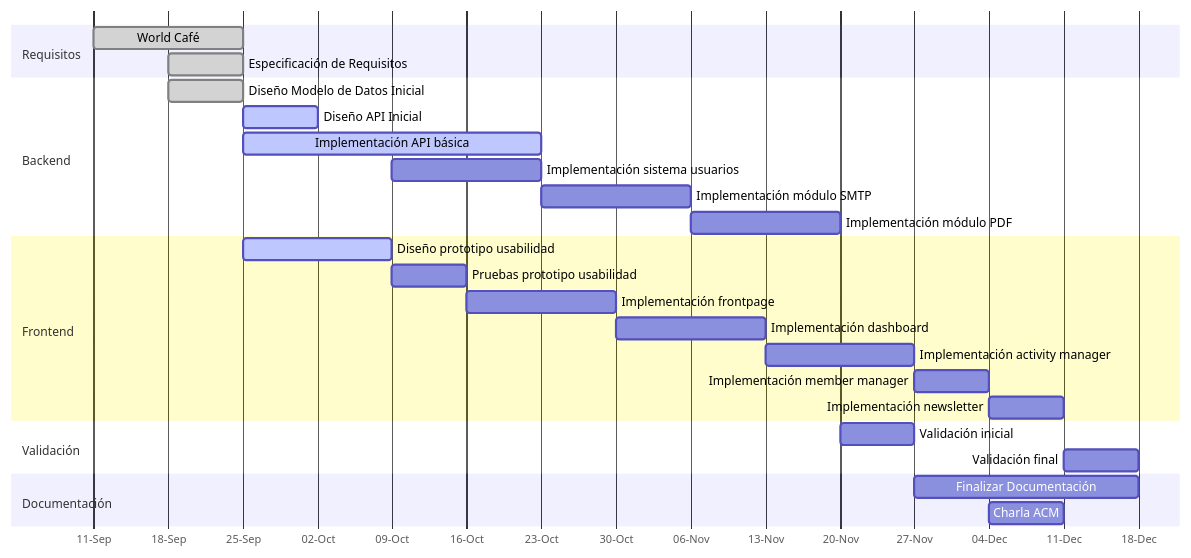
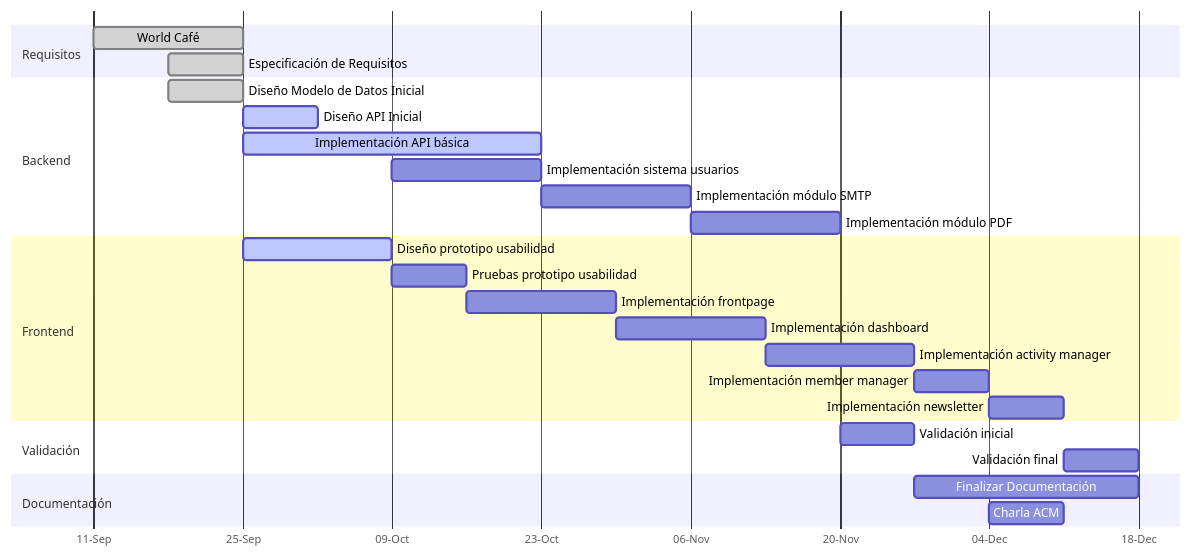
The diagram in docs/src/gantt/0_initial.mmd (aafrecct/danubit), drawn with Mermaid before and after one commit. The commit also changed 72 other files, not shown here.

```diff
--- a/docs/src/gantt/0_initial.mmd
+++ b/docs/src/gantt/0_initial.mmd
@@ -1,36 +1,37 @@
 gantt
   dateFormat YYYY-MM-DD
   axisFormat %d-%b
-  tickInterval 1week
+  tickInterval 2week
   weekday monday
+  todayMarker off
 
   section Requisitos
     World Café                            :done,    rWorldCafe,     2023-09-11, 2w
     Especificación de Requisitos          :done,    rRequisites,    2023-09-18, 1w
   
   section Backend
     Diseño Modelo de Datos Inicial        :done,    bDBDesign,      2023-09-18, 1w 
     Diseño API Inicial                    :active,  bAPIDesign,     2023-09-25, 1w
     Implementación API básica             :active,  bAPIImpl,       2023-09-25, 4w
     Implementación sistema usuarios       :         bUserSystem,    2023-10-09, 2w
     Implementación módulo SMTP            :         bSMTP,          2023-10-23, 2w
     Implementación módulo PDF             :         bPDF,           2023-11-06, 2w
 
 
   section Frontend
     Diseño prototipo usabilidad           :active,  fLowResProt,    2023-09-25, 2w
     Pruebas prototipo usabilidad          :         fLowResTest,    2023-10-09, 1w
     Implementación frontpage              :         fFrontpage,     2023-10-16, 2w
     Implementación dashboard              :         fDashboard,     2023-10-30, 2w
     Implementación activity manager       :         fActManager,    2023-11-13, 2w
     Implementación member manager         :         fMemberManager, 2023-11-27, 1w
     Implementación newsletter             :         fNewsletter,    2023-12-04, 1w
 
 
   section Validación
     Validación inicial                    :         vInicial,       2023-11-20, 1w
     Validación final                      :         vFinal,         2023-12-11, 1w
 
   section Documentación
     Finalizar Documentación               :         dDocs,          2023-11-27, 3w
     Charla ACM                            :         dCharla,        2023-12-04, 1w
```
